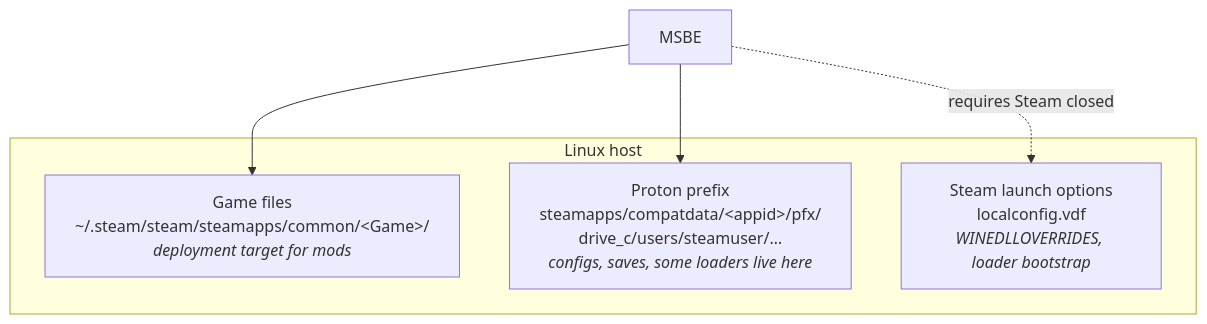
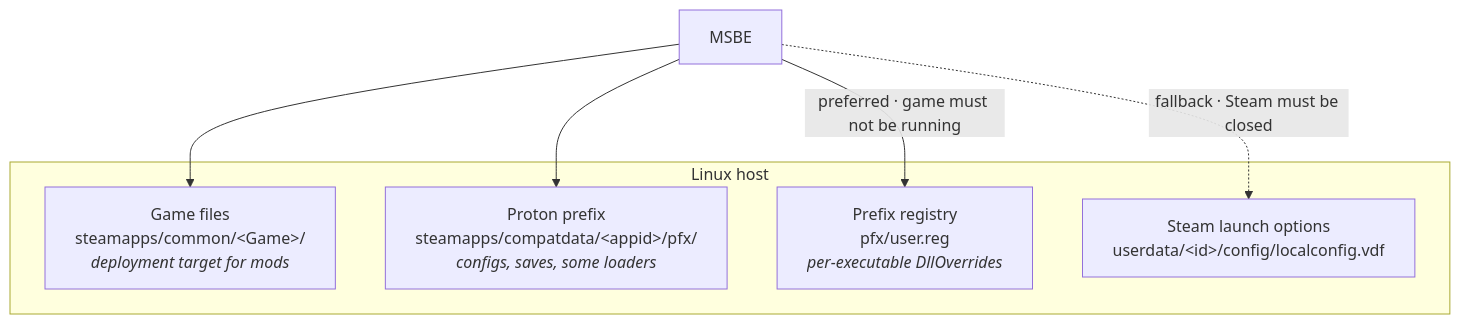
The diagram in docs/08-platforms-and-detection.md (5EUS/MSBE), drawn with Mermaid before and after one commit. The commit also changed other lines of this file and 10 other files, not shown here.

First line of the commit message:
Add documentation updates and architectural changes

````diff
--- a/docs/08-platforms-and-detection.md
+++ b/docs/08-platforms-and-detection.md
@@ -34,11 +34,13 @@
 ```mermaid
 flowchart TB
   subgraph Host["Linux host"]
-    G["Game files<br/>~/.steam/steam/steamapps/common/&lt;Game&gt;/<br/><i>deployment target for mods</i>"]
-    P["Proton prefix<br/>steamapps/compatdata/&lt;appid&gt;/pfx/<br/>drive_c/users/steamuser/…<br/><i>configs, saves, some loaders live here</i>"]
-    L["Steam launch options<br/>localconfig.vdf<br/><i>WINEDLLOVERRIDES, loader bootstrap</i>"]
+    G["Game files<br/>steamapps/common/&lt;Game&gt;/<br/><i>deployment target for mods</i>"]
+    P["Proton prefix<br/>steamapps/compatdata/&lt;appid&gt;/pfx/<br/><i>configs, saves, some loaders</i>"]
+    R["Prefix registry<br/>pfx/user.reg<br/><i>per-executable DllOverrides</i>"]
+    L["Steam launch options<br/>userdata/&lt;id&gt;/config/localconfig.vdf"]
   end
   M["MSBE"] --> G
   M --> P
-  M -.->|"requires Steam closed"| L
+  M -->|"preferred · game must not be running"| R
+  M -.->|"fallback · Steam must be closed"| L
 ```
````
